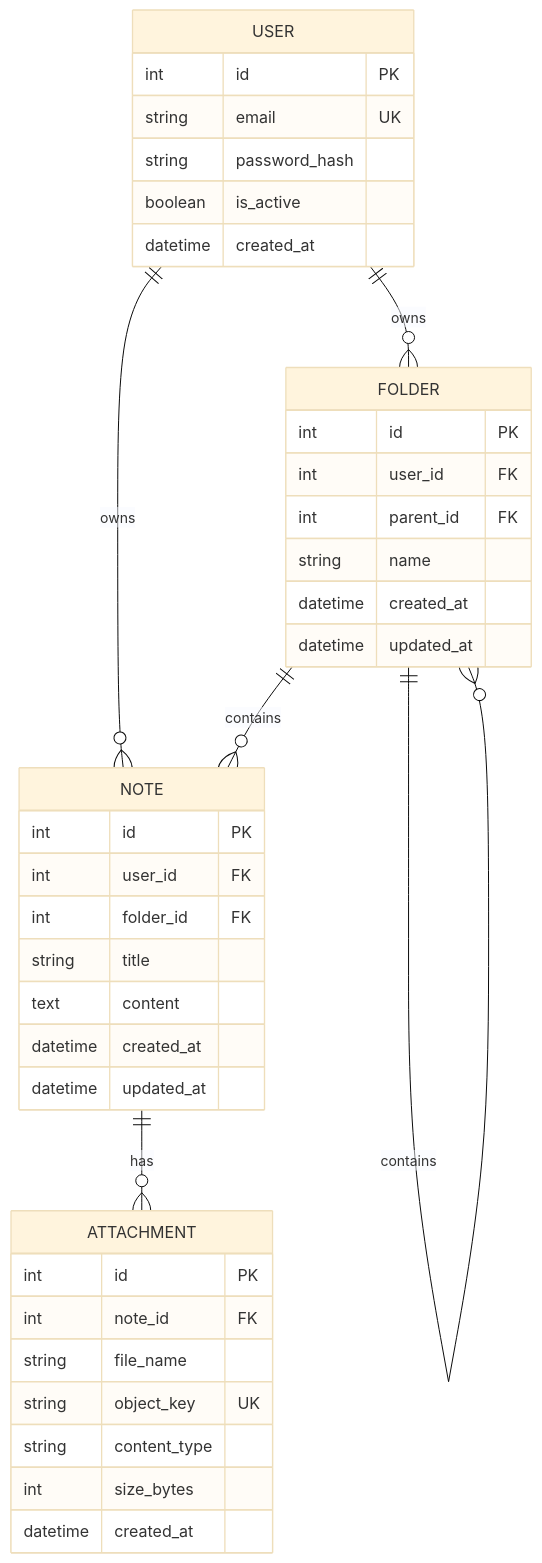
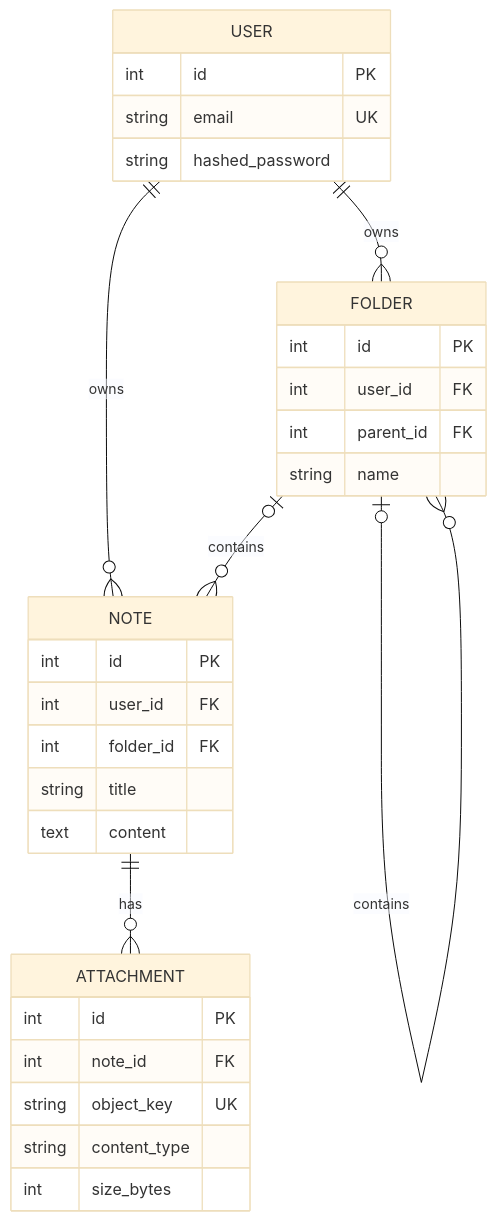
One commit to mohammed-ouali/notes-backend changed the third of 3 diagrams in README.md. Above: the diagram before and after it, drawn with Mermaid (base theme). The commit also changed other lines of this file and 6 other files, not shown here.

````diff
--- a/README.md
+++ b/README.md
@@ -128,45 +77,37 @@
 ```mermaid
 erDiagram
     USER ||--o{ NOTE : owns
     USER ||--o{ FOLDER : owns
-    FOLDER ||--o{ FOLDER : contains
-    FOLDER ||--o{ NOTE : contains
+    FOLDER o|--o{ FOLDER : contains
+    FOLDER o|--o{ NOTE : contains
     NOTE ||--o{ ATTACHMENT : has
 
     USER {
         int id PK
         string email UK
-        string password_hash
-        boolean is_active
-        datetime created_at
+        string hashed_password
     }
 
     FOLDER {
         int id PK
         int user_id FK
         int parent_id FK
         string name
-        datetime created_at
-        datetime updated_at
     }
 
     NOTE {
         int id PK
         int user_id FK
         int folder_id FK
         string title
         text content
-        datetime created_at
-        datetime updated_at
     }
 
     ATTACHMENT {
         int id PK
         int note_id FK
-        string file_name
         string object_key UK
         string content_type
         int size_bytes
-        datetime created_at
     }
 ```
````
